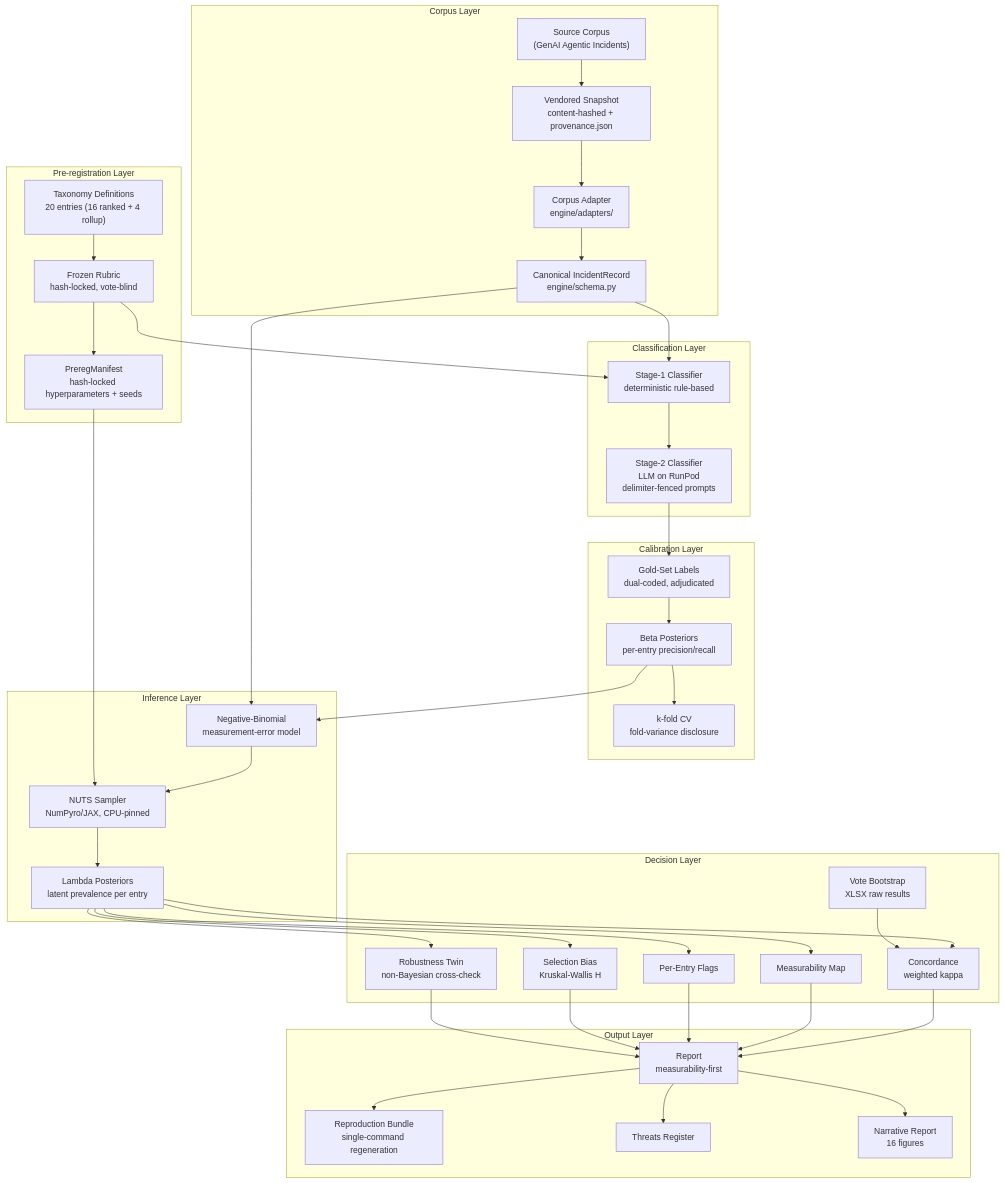
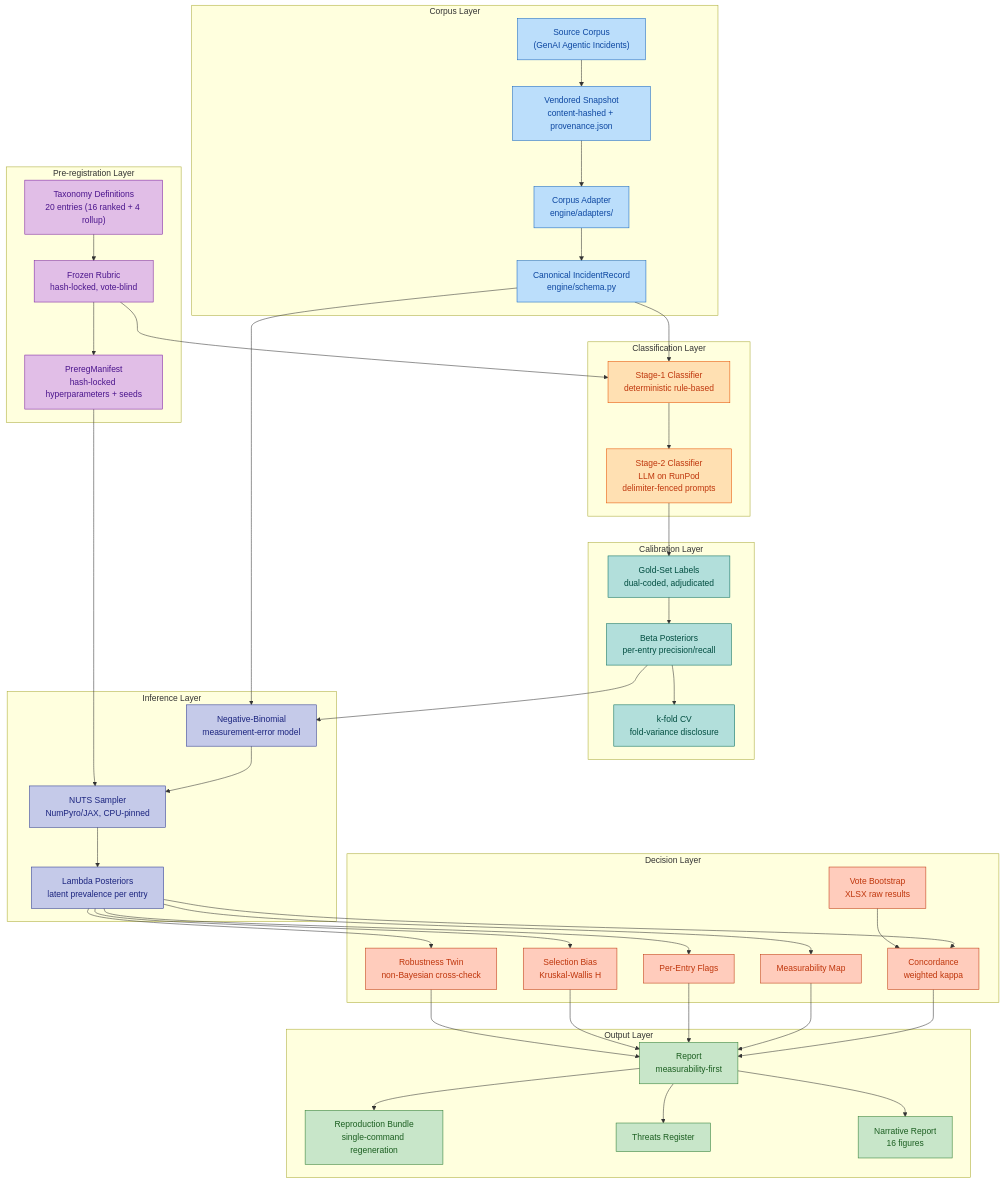
The first of 3 diagrams in README.md (rocklambros/incident-rank-validation), drawn with Mermaid before and after one commit. The commit also changed other lines of this file, not shown here.

First line of the commit message:
docs(readme): add color styling to mermaid diagrams

````diff
--- a/README.md
+++ b/README.md
@@ -101,4 +101,36 @@
     RPT --> REPRO
     RPT --> THREATS
     RPT --> NARR
+
+    style SRC fill:#bbdefb,stroke:#1565c0,color:#0d47a1
+    style SNAP fill:#bbdefb,stroke:#1565c0,color:#0d47a1
+    style ADAPT fill:#bbdefb,stroke:#1565c0,color:#0d47a1
+    style SCHEMA fill:#bbdefb,stroke:#1565c0,color:#0d47a1
+
+    style TAX fill:#e1bee7,stroke:#7b1fa2,color:#4a148c
+    style RUB fill:#e1bee7,stroke:#7b1fa2,color:#4a148c
+    style MAN fill:#e1bee7,stroke:#7b1fa2,color:#4a148c
+
+    style S1 fill:#ffe0b2,stroke:#e65100,color:#bf360c
+    style S2 fill:#ffe0b2,stroke:#e65100,color:#bf360c
+
+    style GOLD fill:#b2dfdb,stroke:#00695c,color:#004d40
+    style BETA fill:#b2dfdb,stroke:#00695c,color:#004d40
+    style CV fill:#b2dfdb,stroke:#00695c,color:#004d40
+
+    style NUTS fill:#c5cae9,stroke:#283593,color:#1a237e
+    style NB fill:#c5cae9,stroke:#283593,color:#1a237e
+    style LAMB fill:#c5cae9,stroke:#283593,color:#1a237e
+
+    style VOTE fill:#ffccbc,stroke:#bf360c,color:#bf360c
+    style CONC fill:#ffccbc,stroke:#bf360c,color:#bf360c
+    style MEAS fill:#ffccbc,stroke:#bf360c,color:#bf360c
+    style FLAGS fill:#ffccbc,stroke:#bf360c,color:#bf360c
+    style BIAS fill:#ffccbc,stroke:#bf360c,color:#bf360c
+    style TWIN fill:#ffccbc,stroke:#bf360c,color:#bf360c
+
+    style RPT fill:#c8e6c9,stroke:#2e7d32,color:#1b5e20
+    style REPRO fill:#c8e6c9,stroke:#2e7d32,color:#1b5e20
+    style THREATS fill:#c8e6c9,stroke:#2e7d32,color:#1b5e20
+    style NARR fill:#c8e6c9,stroke:#2e7d32,color:#1b5e20
 ```
````
